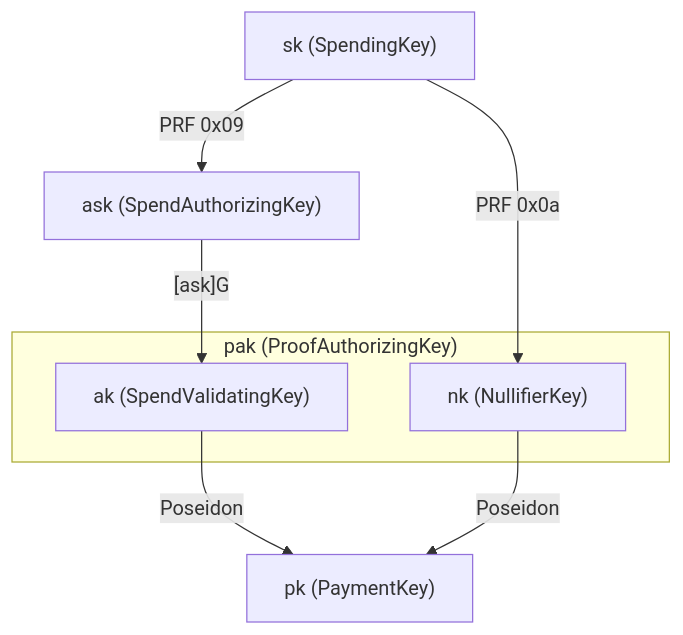
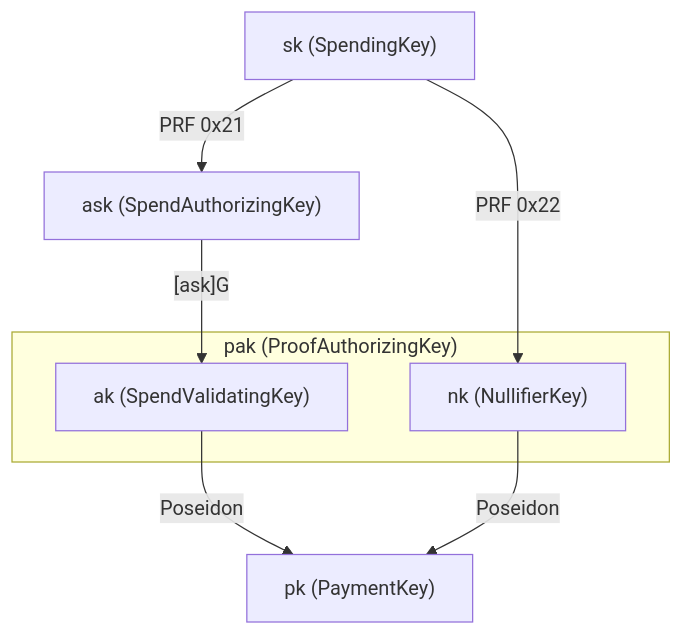
One commit to tachyon-zcash/tachyon changed the diagram in book/src/keys.md. Above: the diagram before and after it, drawn with Mermaid. The commit also changed other lines of this file and 43 other files, not shown here.

````diff
--- a/book/src/keys.md
+++ b/book/src/keys.md
@@ -9,16 +9,16 @@
 ```mermaid
 flowchart TB
     sk["sk (SpendingKey)"]
     ask["ask (SpendAuthorizingKey)"]
     pk["pk (PaymentKey)"]
 
-    sk -->|"PRF 0x09"| ask
-    sk -->|"PRF 0x0a"| nk
+    sk -->|"PRF 0x21"| ask
+    sk -->|"PRF 0x22"| nk
     ask -->|"[ask]G"| ak
     ak & nk -->|"Poseidon"| pk
 
     subgraph pak["pak (ProofAuthorizingKey)"]
         ak["ak (SpendValidatingKey)"]
         nk["nk (NullifierKey)"]
     end
 ```
````
